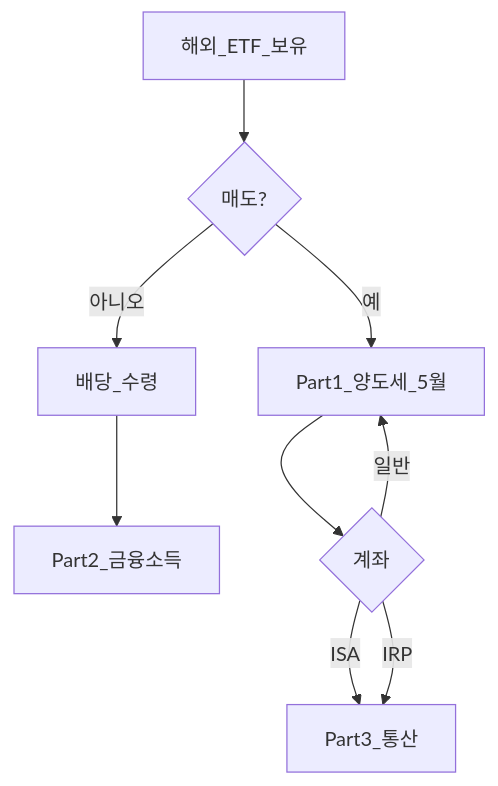
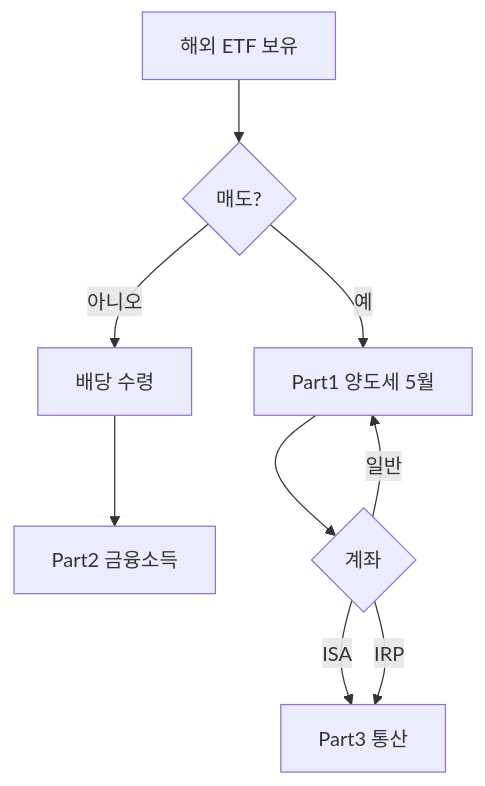
Before and after one commit to goldanghenry/Finances: the third of 3 diagrams in 06-korea-policy/tax/overseas-stocks-tax-part3-scenarios.md, drawn with Mermaid. The commit also changed other lines of this file and 211 other files, not shown here.

````diff
--- a/06-korea-policy/tax/overseas-stocks-tax-part3-scenarios.md
+++ b/06-korea-policy/tax/overseas-stocks-tax-part3-scenarios.md
@@ -215,11 +231,11 @@
 ```mermaid
 flowchart TD
-  Hold[해외_ETF_보유] --> Sell{매도?}
-  Sell -->|예| P1[Part1_양도세_5월]
-  Sell -->|아니오| Div[배당_수령]
-  Div --> P2[Part2_금융소득]
+  Hold["해외 ETF 보유"] --> Sell{매도?}
+  Sell -->|예| P1["Part1 양도세 5월"]
+  Sell -->|아니오| Div["배당 수령"]
+  Div --> P2["Part2 금융소득"]
   P1 --> Acct{계좌}
-  Acct -->|ISA| P3[Part3_통산]
+  Acct -->|ISA| P3["Part3 통산"]
   Acct -->|IRP| P3
   Acct -->|일반| P1
 ```
````
